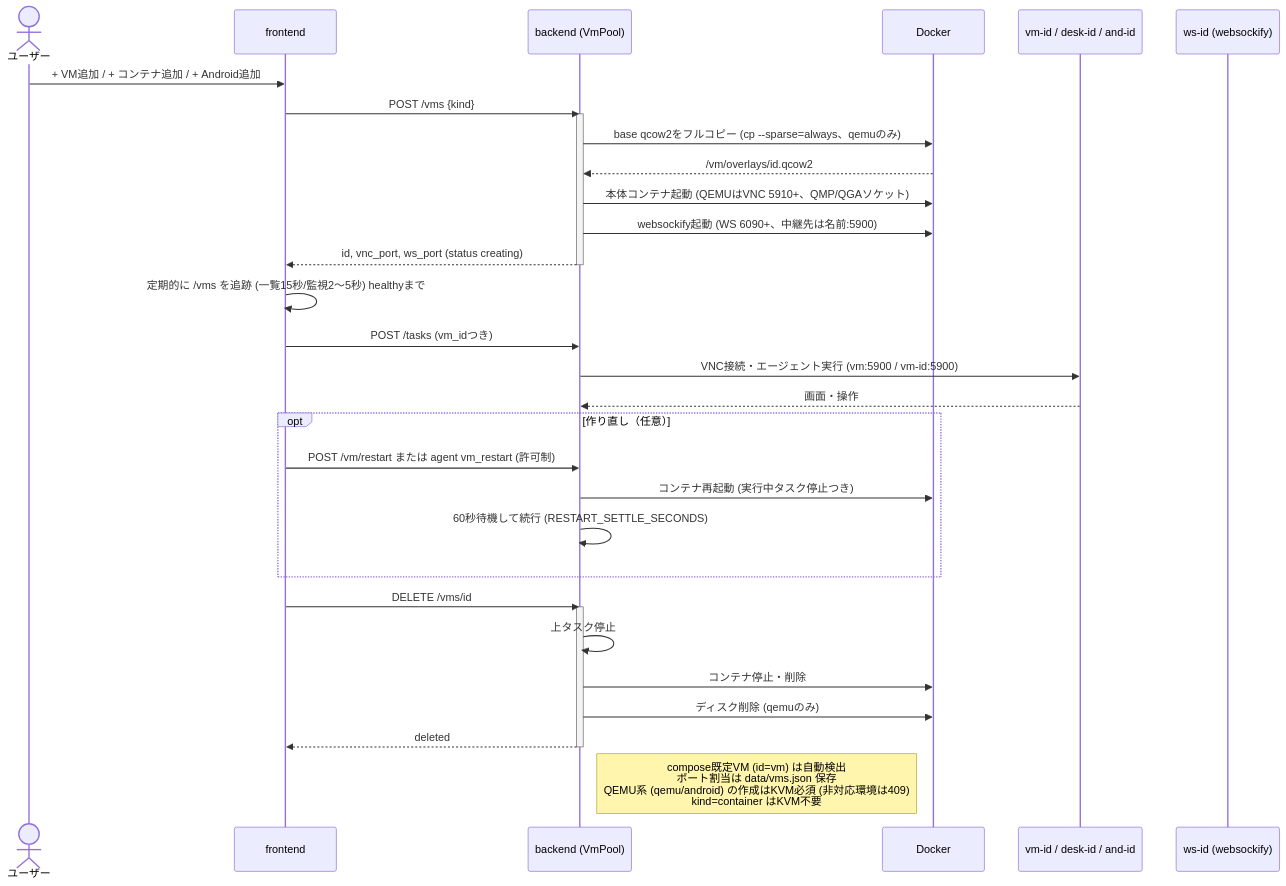
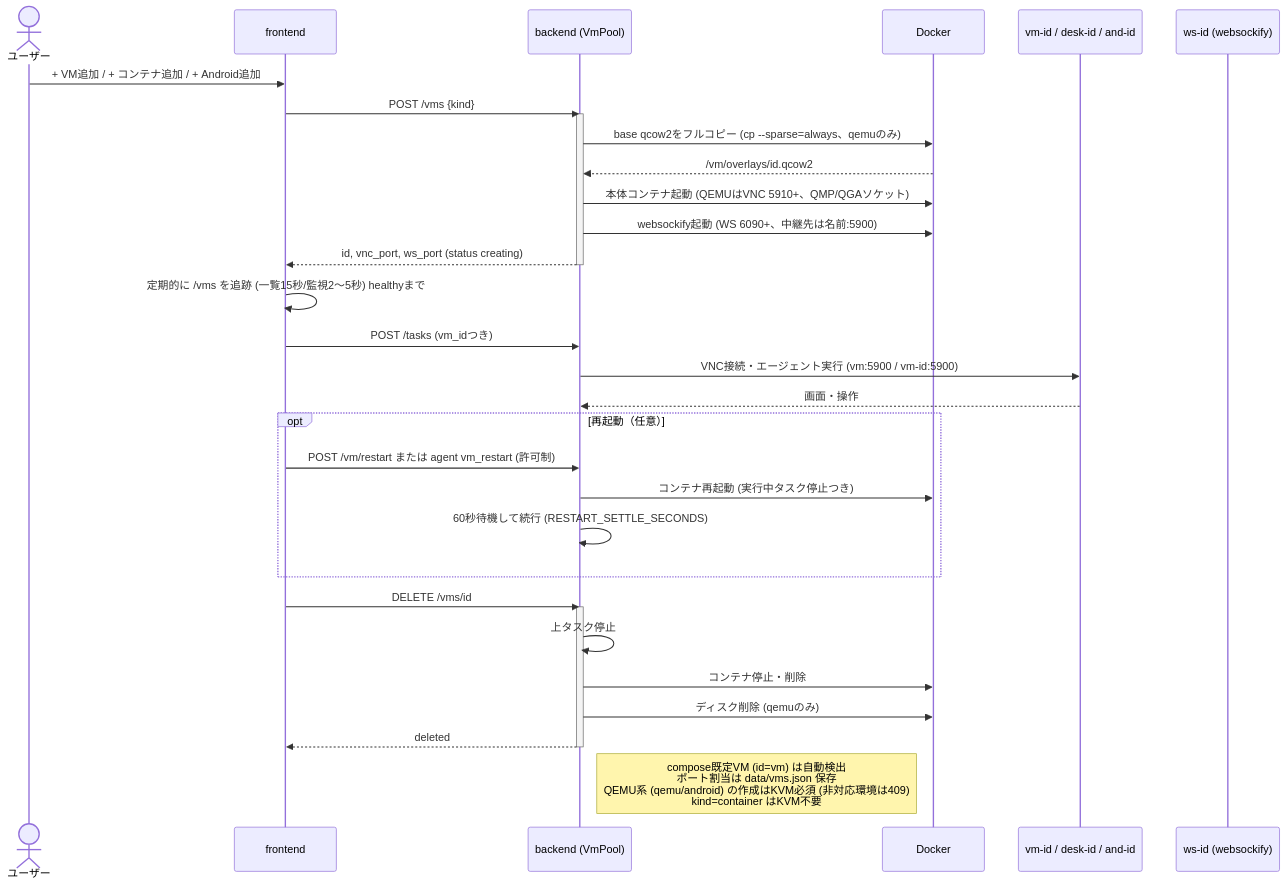
One commit to Milix-M/ai-desktop-agent changed the fourth of 4 diagrams in docs/architecture.md. Above: the diagram before and after it, drawn with Mermaid. The commit also changed other lines of this file and 4 other files, not shown here.

````diff
--- a/docs/architecture.md
+++ b/docs/architecture.md
@@ -304,35 +306,35 @@
 ```mermaid
 sequenceDiagram
     actor U as ユーザー
     participant FE as frontend
     participant POOL as backend (VmPool)
     participant DOCKER as Docker
     participant VM as vm-id / desk-id / and-id
     participant WS as ws-id (websockify)
     U->>FE: + VM追加 / + コンテナ追加 / + Android追加
     FE->>POOL: POST /vms {kind}
     activate POOL
     POOL->>DOCKER: base qcow2をフルコピー (cp --sparse=always、qemuのみ)
     DOCKER-->>POOL: /vm/overlays/id.qcow2
     POOL->>DOCKER: 本体コンテナ起動 (QEMUはVNC 5910+、QMP/QGAソケット)
     POOL->>DOCKER: websockify起動 (WS 6090+、中継先は名前:5900)
     POOL-->>FE: id, vnc_port, ws_port (status creating)
     deactivate POOL
     FE->>FE: 定期的に /vms を追跡 (一覧15秒/監視2〜5秒) healthyまで
     FE->>POOL: POST /tasks (vm_idつき)
     POOL->>VM: VNC接続・エージェント実行 (vm:5900 / vm-id:5900)
     VM-->>POOL: 画面・操作
-    opt 作り直し（任意）
+    opt 再起動（任意）
         FE->>POOL: POST /vm/restart または agent vm_restart (許可制)
         POOL->>DOCKER: コンテナ再起動 (実行中タスク停止つき)
         POOL->>POOL: 60秒待機して続行 (RESTART_SETTLE_SECONDS)
     end
     FE->>POOL: DELETE /vms/id
     activate POOL
     POOL->>POOL: 上タスク停止
     POOL->>DOCKER: コンテナ停止・削除
     POOL->>DOCKER: ディスク削除 (qemuのみ)
     POOL-->>FE: deleted
     deactivate POOL
     Note right of POOL: compose既定VM (id=vm) は自動検出<br/>ポート割当は data/vms.json 保存<br/>QEMU系 (qemu/android) の作成はKVM必須 (非対応環境は409)<br/>kind=container はKVM不要
 ```
````
